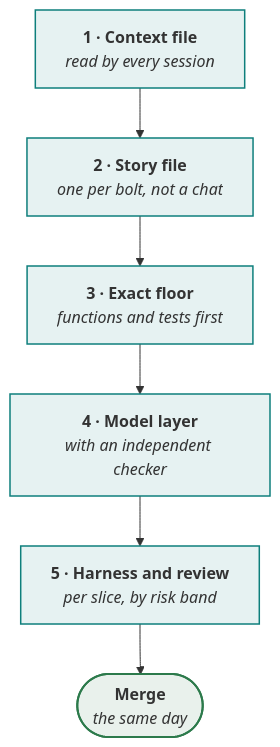
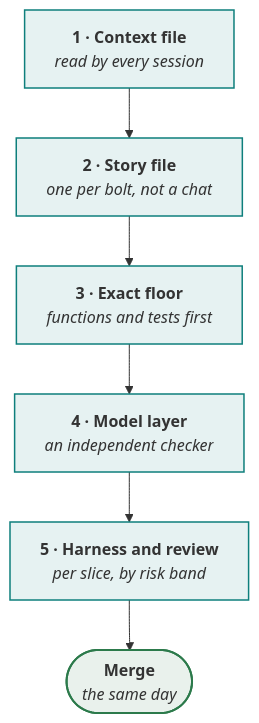
One commit to akash-coded/aws-bedrock-agentcore-strands changed the diagram in site/content/learn/lessons/what-is-aidd.md. Above: the diagram before and after it, drawn with Mermaid. The commit also changed 82 other files, not shown here.

````diff
--- a/site/content/learn/lessons/what-is-aidd.md
+++ b/site/content/learn/lessons/what-is-aidd.md
@@ -18,13 +18,13 @@
 ```mermaid
 flowchart TB
   A["<b>1 · Context file</b><br/><i>read by every session</i>"] --> B["<b>2 · Story file</b><br/><i>one per bolt, not a chat</i>"]
   B --> C["<b>3 · Exact floor</b><br/><i>functions and tests first</i>"]
-  C --> D["<b>4 · Model layer</b><br/><i>with an independent checker</i>"]
+  C --> D["<b>4 · Model layer</b><br/><i>an independent checker</i>"]
   D --> E["<b>5 · Harness and review</b><br/><i>per slice, by risk band</i>"]
   E --> F(["<b>Merge</b><br/><i>the same day</i>"])
 
   classDef habit fill:#0E7F7C1A,stroke:#0E7F7C,stroke-width:1.5px
   classDef done fill:#2C7A4B1A,stroke:#2C7A4B,stroke-width:2px
   class A,B,C,D,E habit
   class F done
 ```
````
